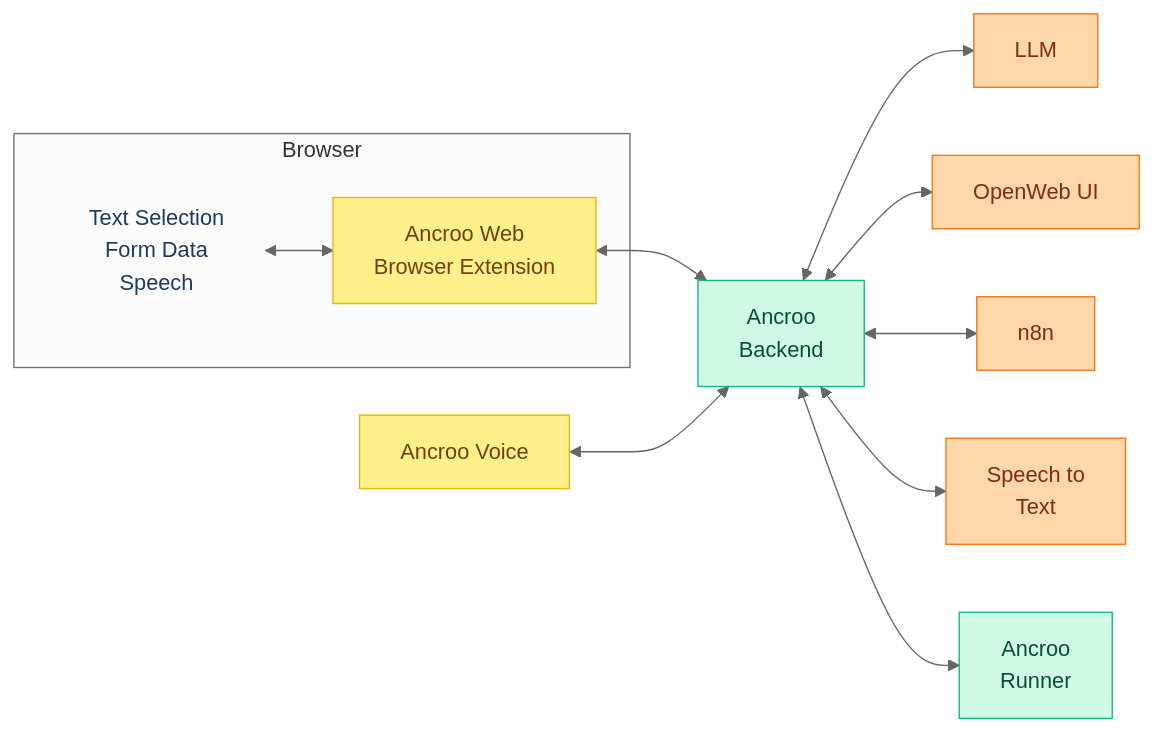
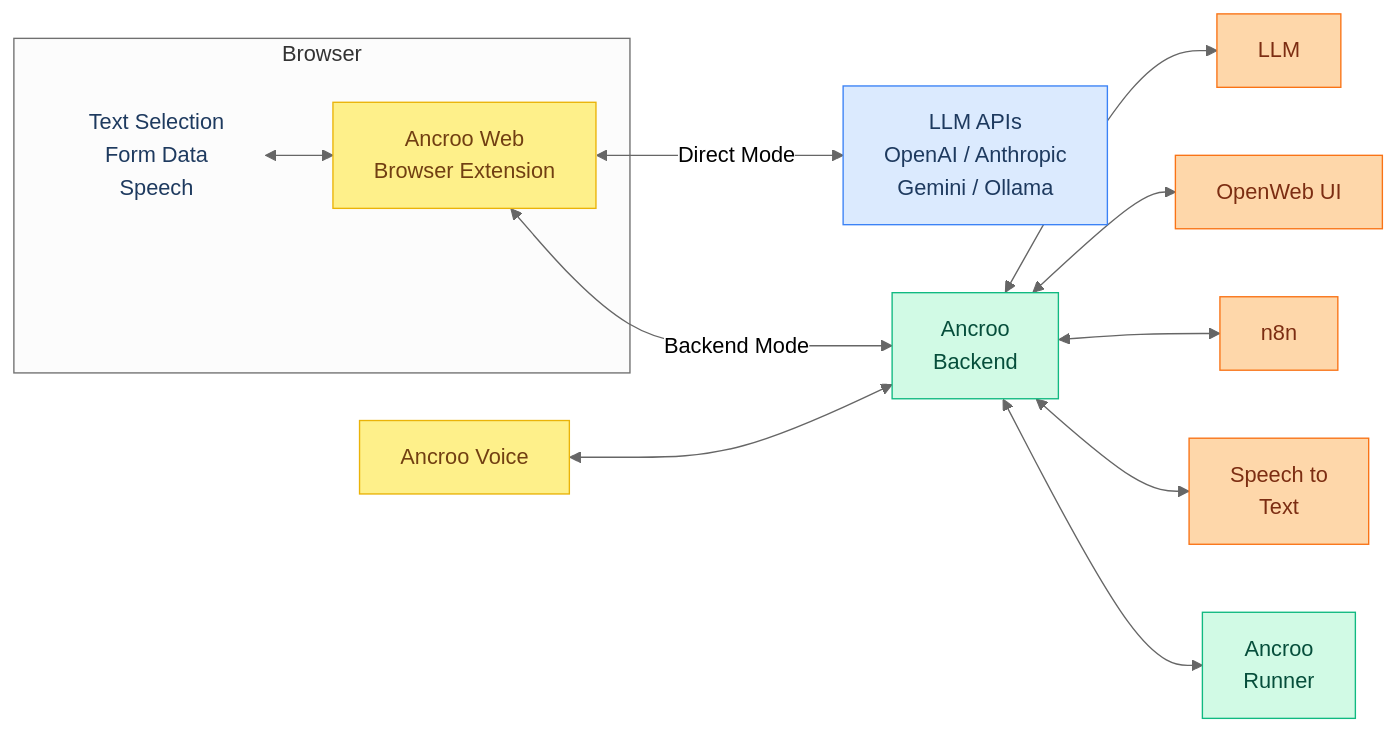
One commit to ancroo/ancroo changed the diagram in README.md. Above: the diagram before and after it, drawn with Mermaid.

Commit message:
docs: Add Direct Mode path to architecture diagram
- Add LLM APIs node for Direct Mode (OpenAI, Anthropic, Gemini, Ollama)
- Label both paths: Direct Mode and Backend Mode
- Matches the dual-mode architecture shown in ancroo-web README

🤖 Generated with [Claude Code](https://claude.com/claude-code)

````diff
--- a/README.md
+++ b/README.md
@@ -24,35 +24,38 @@
 ```mermaid
 %%{init: {'theme': 'neutral'}}%%
 graph LR
     subgraph Browser["Browser"]
         input["Text Selection<br/>Form Data<br/>Speech"]
         extension["Ancroo Web<br/>Browser Extension"]
     end
 
+    llmapi["LLM APIs<br/>OpenAI / Anthropic<br/>Gemini / Ollama"]
     voice["Ancroo Voice"]
     backend["Ancroo<br/>Backend"]
     runner["Ancroo<br/>Runner"]
     owui["OpenWeb UI"]
     llm["LLM"]
     n8n["n8n"]
     stt["Speech to<br/>Text"]
 
     input <--> extension
-    extension <--> backend
+    extension <-- "Direct Mode" --> llmapi
+    extension <-- "Backend Mode" --> backend
     voice <--> backend
     backend <--> llm
     backend <--> owui
     backend <--> n8n
     backend <--> stt
     backend <--> runner
 
     style input fill:transparent,stroke:transparent,color:#1e3a5f
     style extension fill:#fef08a,stroke:#eab308,color:#713f12
+    style llmapi fill:#dbeafe,stroke:#3b82f6,color:#1e3a5f
     style voice fill:#fef08a,stroke:#eab308,color:#713f12
     style backend fill:#d1fae5,stroke:#10b981,color:#064e3b
     style runner fill:#d1fae5,stroke:#10b981,color:#064e3b
     style llm fill:#fed7aa,stroke:#f97316,color:#7c2d12
     style owui fill:#fed7aa,stroke:#f97316,color:#7c2d12
     style n8n fill:#fed7aa,stroke:#f97316,color:#7c2d12
     style stt fill:#fed7aa,stroke:#f97316,color:#7c2d12
 ```
````
